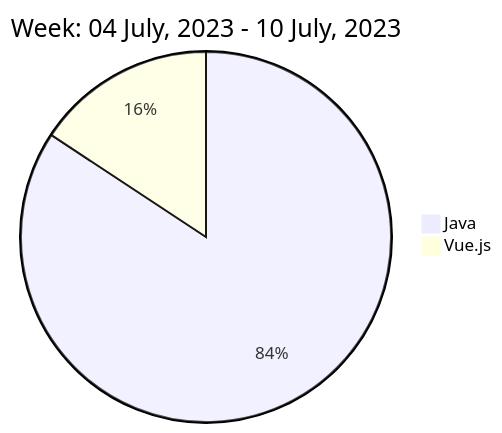
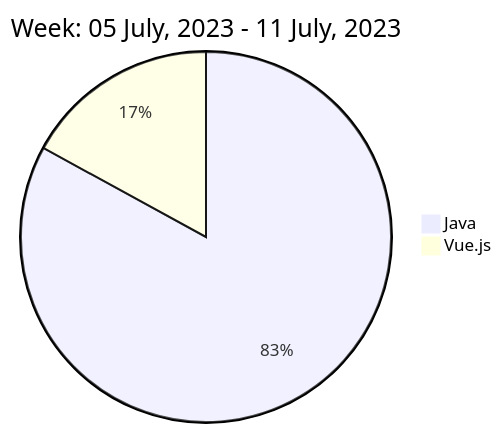
Before and after one commit to liubin95/liubin95: the diagram in README.md, drawn with Mermaid.

Commit message:
Updated the Graph with new Metrics

````diff
--- a/README.md
+++ b/README.md
@@ -40,6 +40,6 @@
 ```mermaid
  pie
-title Week: 04 July, 2023 - 10 July, 2023
- "Java" : 14.47
- "Vue.js" : 2.7
+title Week: 05 July, 2023 - 11 July, 2023
+ "Java" : 14.62
+ "Vue.js" : 3.0
 ```
````
